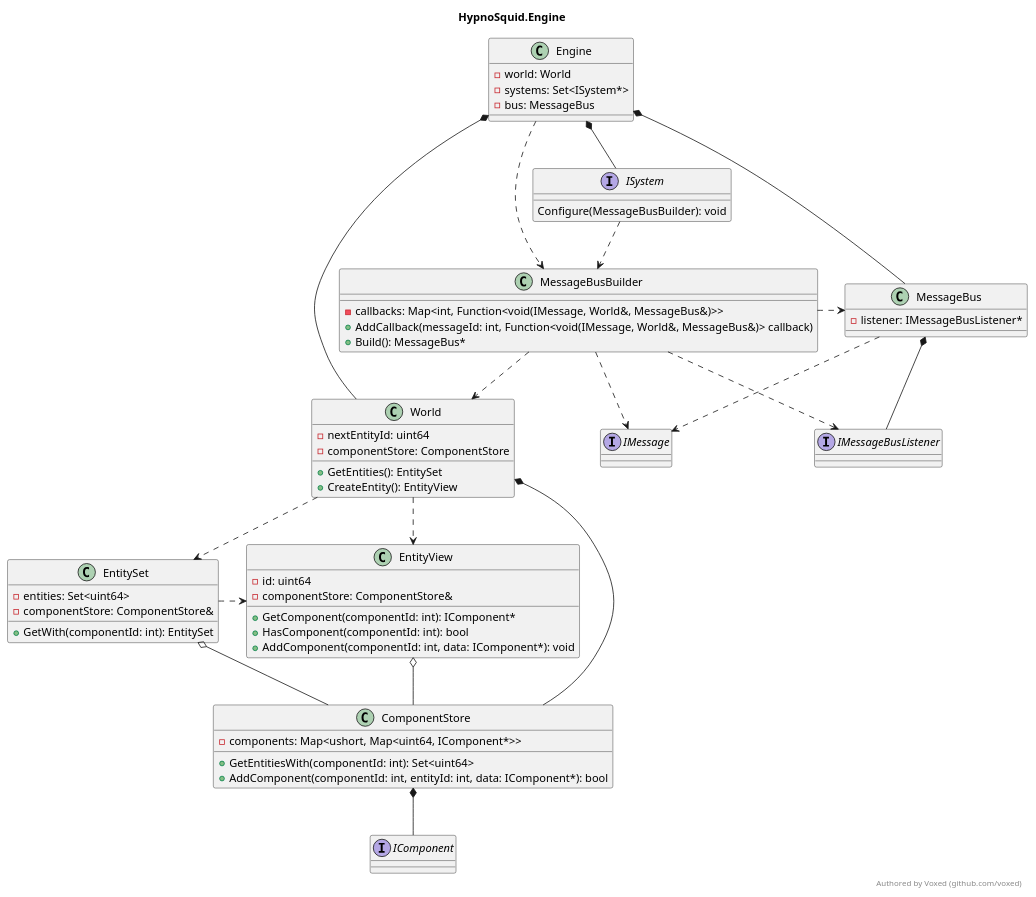
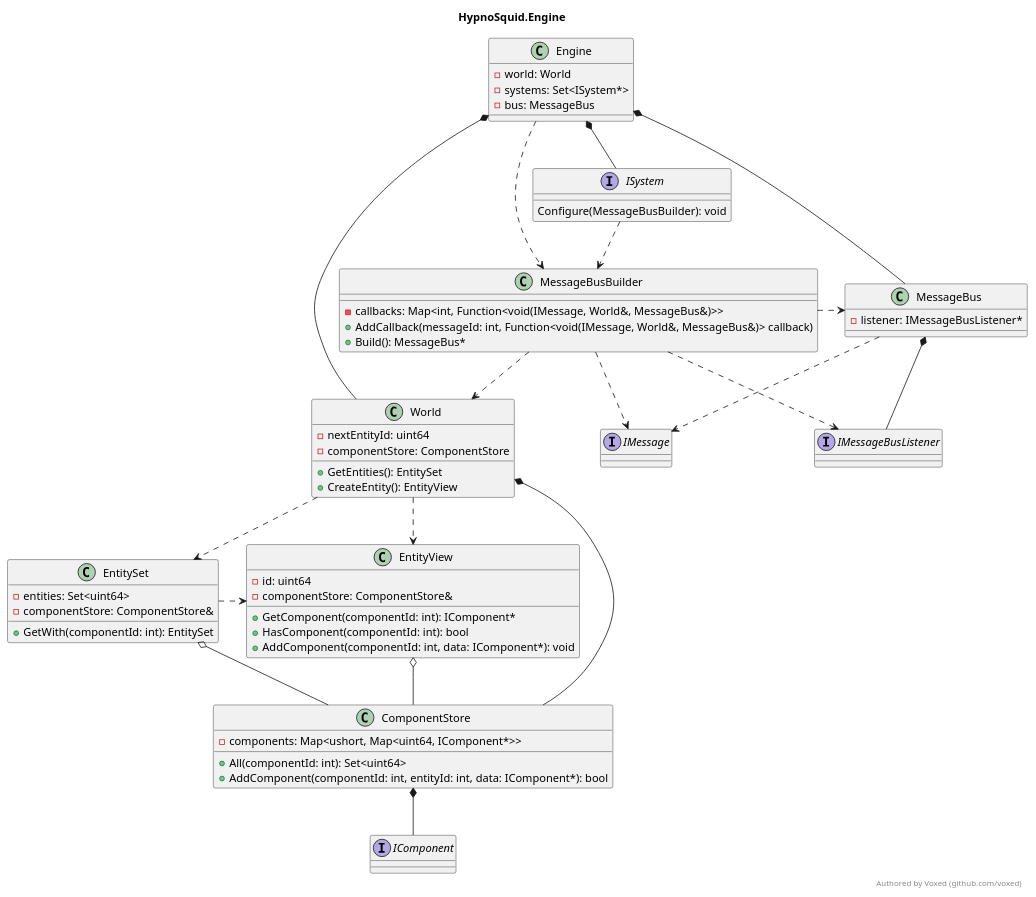
The diagram in hypnosquid.puml (Voxed/HypnoSquid_prototype), drawn with PlantUML before and after one commit. The commit also changed 9 other files, not shown here.

```diff
--- a/hypnosquid.puml
+++ b/hypnosquid.puml
@@ -1,88 +1,88 @@
 @startuml
 
 title HypnoSquid.Engine
 
 class Engine {
     - world: World
     - systems: Set<ISystem*>
     - bus: MessageBus
 }
 
 interface ISystem {
     Configure(MessageBusBuilder): void
 }
 
 class MessageBus {
     - listener: IMessageBusListener*
 }
 
 interface IMessageBusListener {
 
 }
 
 class MessageBusBuilder {
     - callbacks: Map<int, Function<void(IMessage, World&, MessageBus&)>>
     + AddCallback(messageId: int, Function<void(IMessage, World&, MessageBus&)> callback)
     + Build(): MessageBus*
 }
 
 interface IMessage {
 
 }
 
 Engine *-- MessageBus
 Engine *-- ISystem
 MessageBusBuilder ..> IMessage
 MessageBus ..> IMessage
 ISystem ..> MessageBusBuilder
 MessageBusBuilder ..> World
 MessageBusBuilder ..> IMessageBusListener
 MessageBusBuilder .> MessageBus
 Engine ..> MessageBusBuilder
 MessageBus *-- IMessageBusListener
 
 class EntitySet {
     - entities: Set<uint64>
     - componentStore: ComponentStore&
     + GetWith(componentId: int): EntitySet
 }
 
 class EntityView {
     - id: uint64
     - componentStore: ComponentStore&
     + GetComponent(componentId: int): IComponent*
     + HasComponent(componentId: int): bool
     + AddComponent(componentId: int, data: IComponent*): void
 }
 
 class ComponentStore {
     - components: Map<ushort, Map<uint64, IComponent*>>
-    + GetEntitiesWith(componentId: int): Set<uint64> 
+    + All(componentId: int): Set<uint64>
     + AddComponent(componentId: int, entityId: int, data: IComponent*): bool
 }
 
 class World {
     + GetEntities(): EntitySet
     + CreateEntity(): EntityView
     - nextEntityId: uint64
     - componentStore: ComponentStore
 }
 
 interface IComponent {
     
 }
 
 World ..> EntitySet
 EntitySet o-- ComponentStore
 EntityView o-- ComponentStore
 Engine *-- World
 ComponentStore *-- IComponent
 World *-- ComponentStore
 EntitySet .> EntityView
 World .> EntityView
 
 right footer 
 Authored by Voxed (github.com/voxed)
 endfooter
 
 @enduml
```
